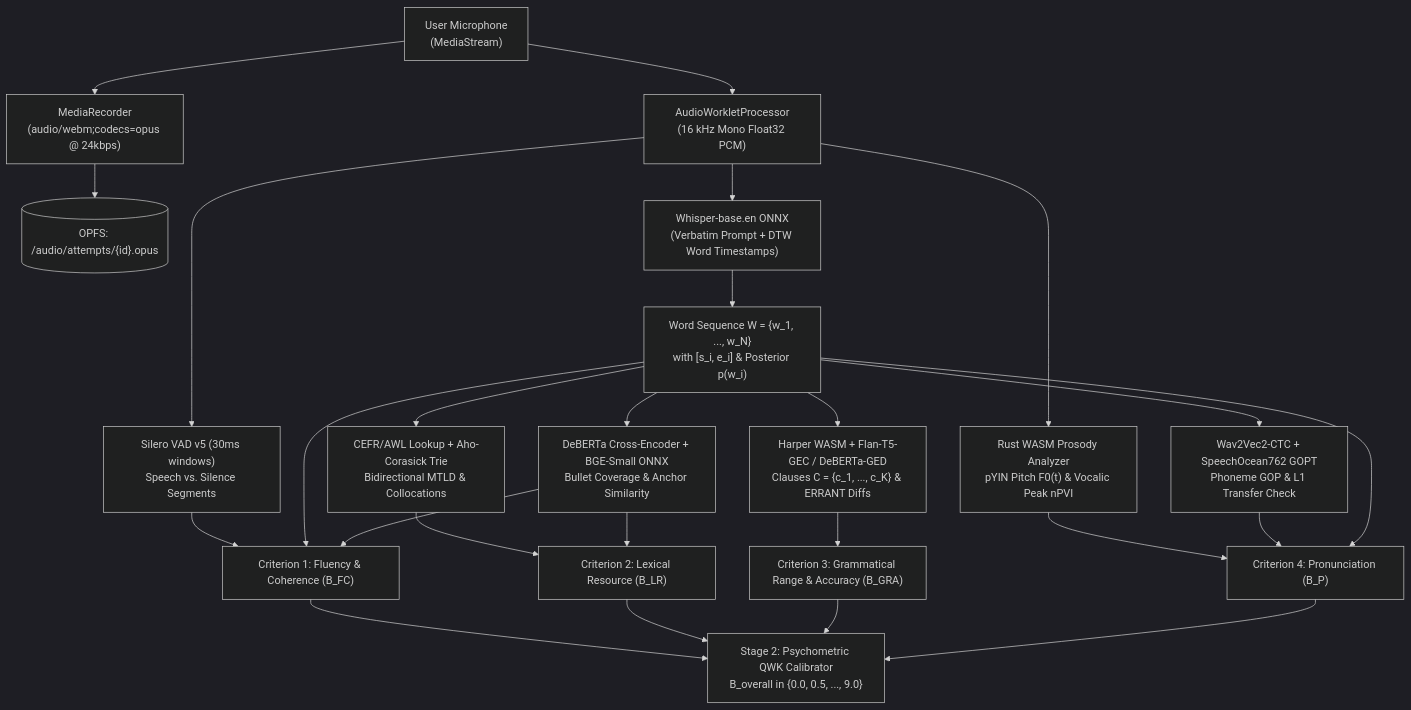
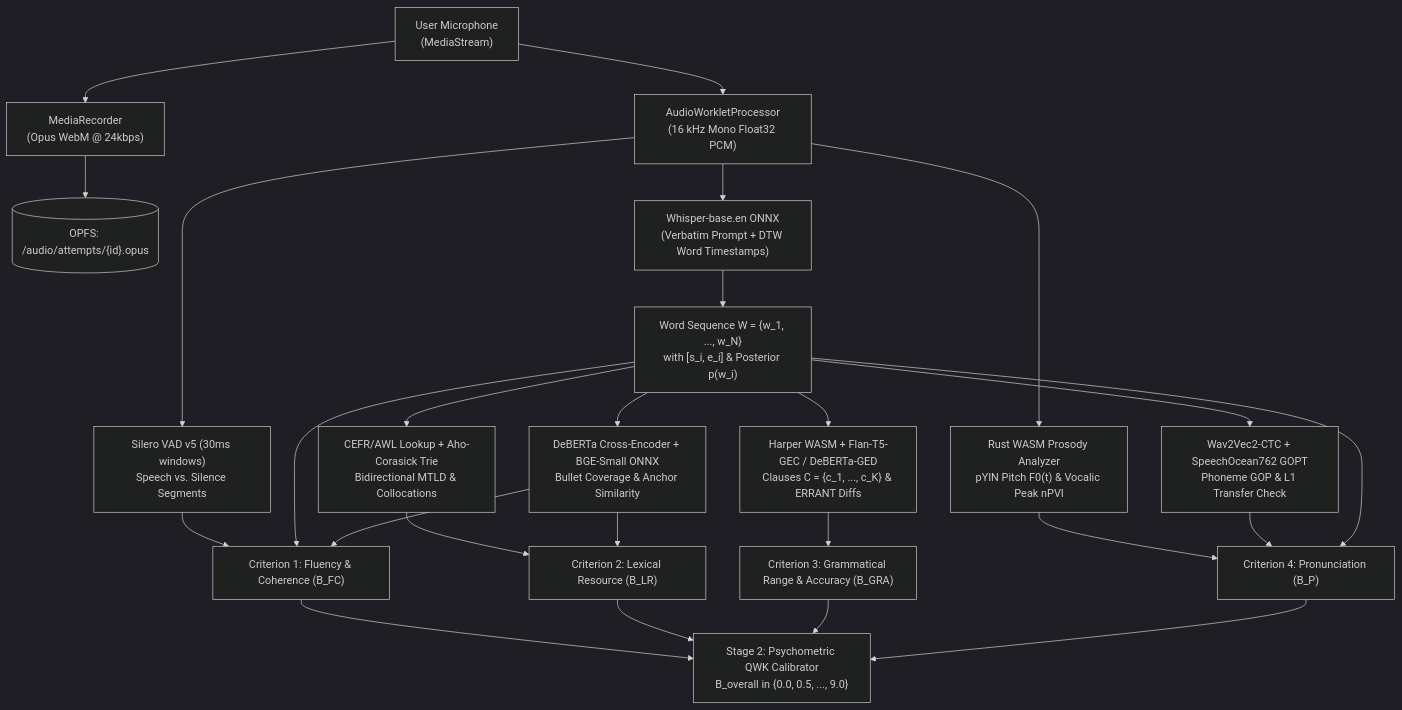
Before and after one commit to rafaelatantya/ielts: the seventh of 12 diagrams in megaplan.md, drawn with Mermaid (dark theme). The commit also changed other lines of this file and 1 other file, not shown here.

Commit message:
fix(docs): fix Mermaid sequenceDiagram semicolon error and switch to manual /account cloud snapshot push/pull with double confirmation

````diff
--- a/megaplan.md
+++ b/megaplan.md
@@ -406,23 +406,23 @@
 ```mermaid
 flowchart TD
     MIC["User Microphone<br/>(MediaStream)"] --> WORKLET["AudioWorkletProcessor<br/>(16 kHz Mono Float32 PCM)"]
-    MIC --> REC["MediaRecorder<br/>(audio/webm;codecs=opus @ 24kbps)"]
+    MIC --> REC["MediaRecorder<br/>(Opus WebM @ 24kbps)"]
     REC --> OPFS_AUD[("OPFS: /audio/attempts/{id}.opus")]
 
     WORKLET --> VAD["Silero VAD v5 (30ms windows)<br/>Speech vs. Silence Segments"]
     WORKLET --> PROSODY["Rust WASM Prosody Analyzer<br/>pYIN Pitch F0(t) & Vocalic Peak nPVI"]
     WORKLET --> WHISPER["Whisper-base.en ONNX<br/>(Verbatim Prompt + DTW Word Timestamps)"]
 
     WHISPER --> TOKENS["Word Sequence W = {w_1, ..., w_N}<br/>with [s_i, e_i] & Posterior p(w_i)"]
     TOKENS --> GOP["Wav2Vec2-CTC + SpeechOcean762 GOPT<br/>Phoneme GOP & L1 Transfer Check"]
     TOKENS --> HARPER["Harper WASM + Flan-T5-GEC / DeBERTa-GED<br/>Clauses C = {c_1, ..., c_K} & ERRANT Diffs"]
     TOKENS --> LEX["CEFR/AWL Lookup + Aho-Corasick Trie<br/>Bidirectional MTLD & Collocations"]
     TOKENS --> BGE["DeBERTa Cross-Encoder + BGE-Small ONNX<br/>Bullet Coverage & Anchor Similarity"]
 
     VAD & TOKENS & BGE --> FC["Criterion 1: Fluency & Coherence (B_FC)"]
     LEX & BGE --> LR["Criterion 2: Lexical Resource (B_LR)"]
     HARPER --> GRA["Criterion 3: Grammatical Range & Accuracy (B_GRA)"]
     PROSODY & GOP & TOKENS --> PRON["Criterion 4: Pronunciation (B_P)"]
 
     FC & LR & GRA & PRON --> FINAL["Stage 2: Psychometric QWK Calibrator<br/>B_overall in {0.0, 0.5, ..., 9.0}"]
 ```
````
